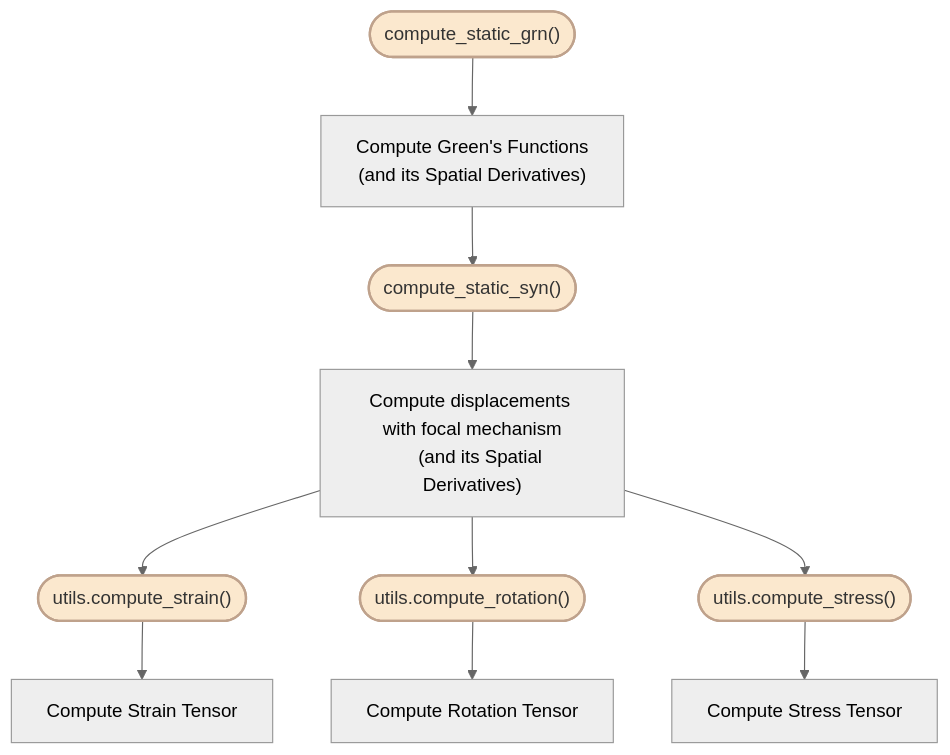
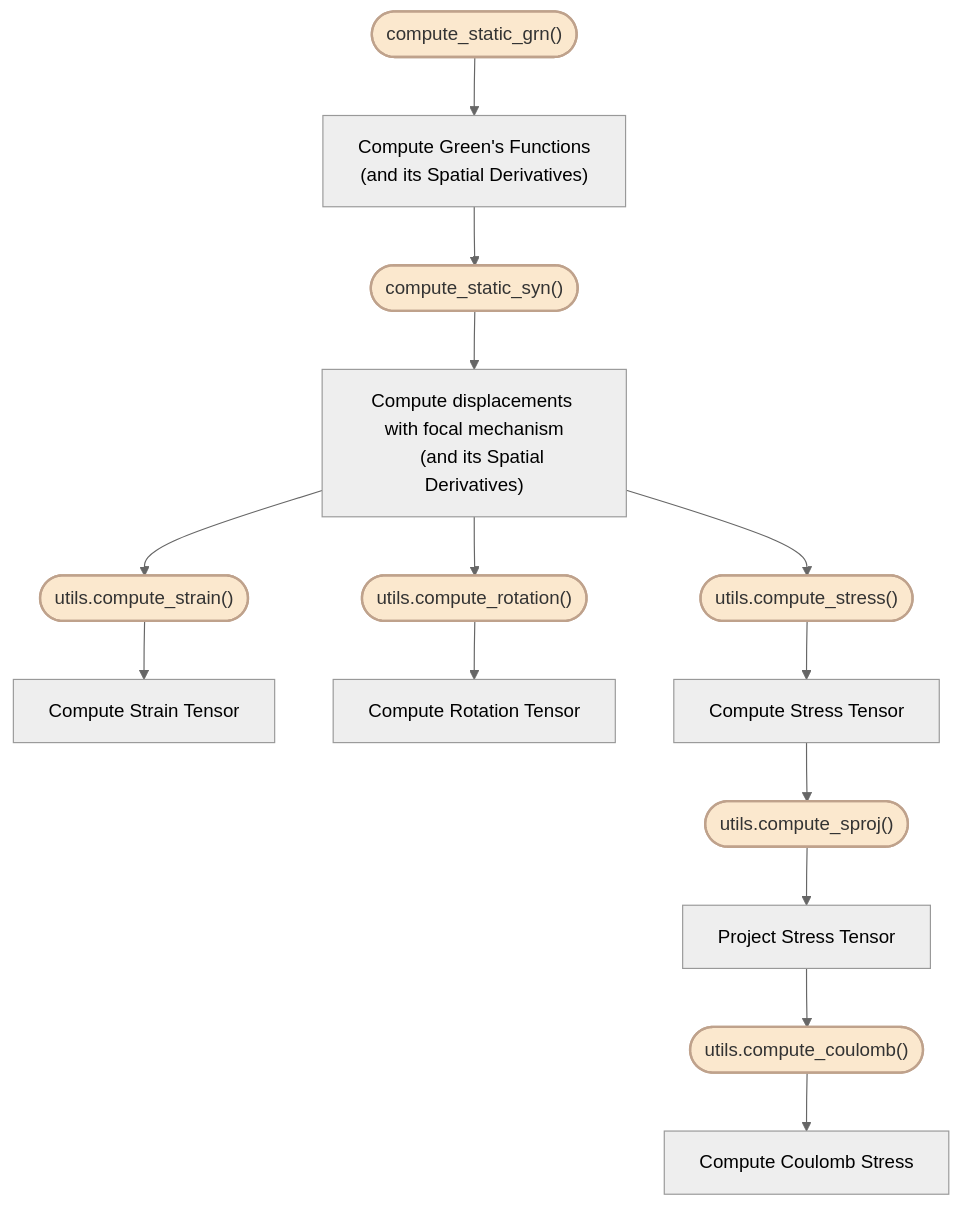
One commit to Dengda98/PyGRT changed the first of 2 diagrams in docs/source/Tutorial/static/index.rst. Above: the diagram before and after it, drawn with Mermaid (neutral theme). The commit also changed other lines of this file and 20 other files, not shown here.

Commit message:
FEAT: add static stress projection and Coulomb workflows (#310)

```diff
--- a/docs/source/Tutorial/static/index.rst
+++ b/docs/source/Tutorial/static/index.rst
@@ -11,26 +11,32 @@
 .. mermaid::
 
     flowchart TB 
 
         GG(["compute_static_grn()"])
         SS(["compute_static_syn()"])
         EE(["utils.compute_strain()"])
         RR(["utils.compute_rotation()"])
         TT(["utils.compute_stress()"])
+        SP(["utils.compute_sproj()"])
+        CO(["utils.compute_coulomb()"])
 
         G["Compute Green's Functions
         (and its Spatial Derivatives)"]
         S["Compute displacements with focal mechanism
         (and its Spatial Derivatives)"]
         E["Compute Strain Tensor"]
         R["Compute Rotation Tensor"]
         T["Compute Stress Tensor"]
+        P["Project Stress Tensor"]
+        C["Compute Coulomb Stress"]
 
         GG --> G
         G --> SS --> S
         S --> EE --> E
         S --> RR --> R
         S --> TT --> T
+        T --> SP --> P
+        P --> CO --> C
         
         classDef cmdcls fill:#FBE8CE,stroke:#BFA28C,stroke-width:2px,color:#333;
-        class GG,SS,EE,RR,TT cmdcls
+        class GG,SS,EE,RR,TT,SP,CO cmdcls
```
